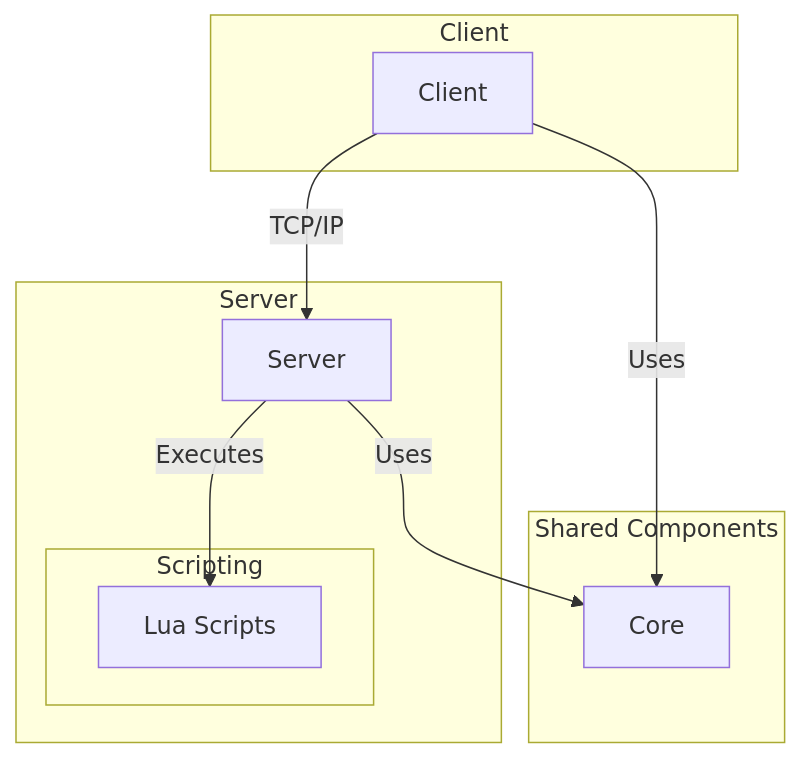
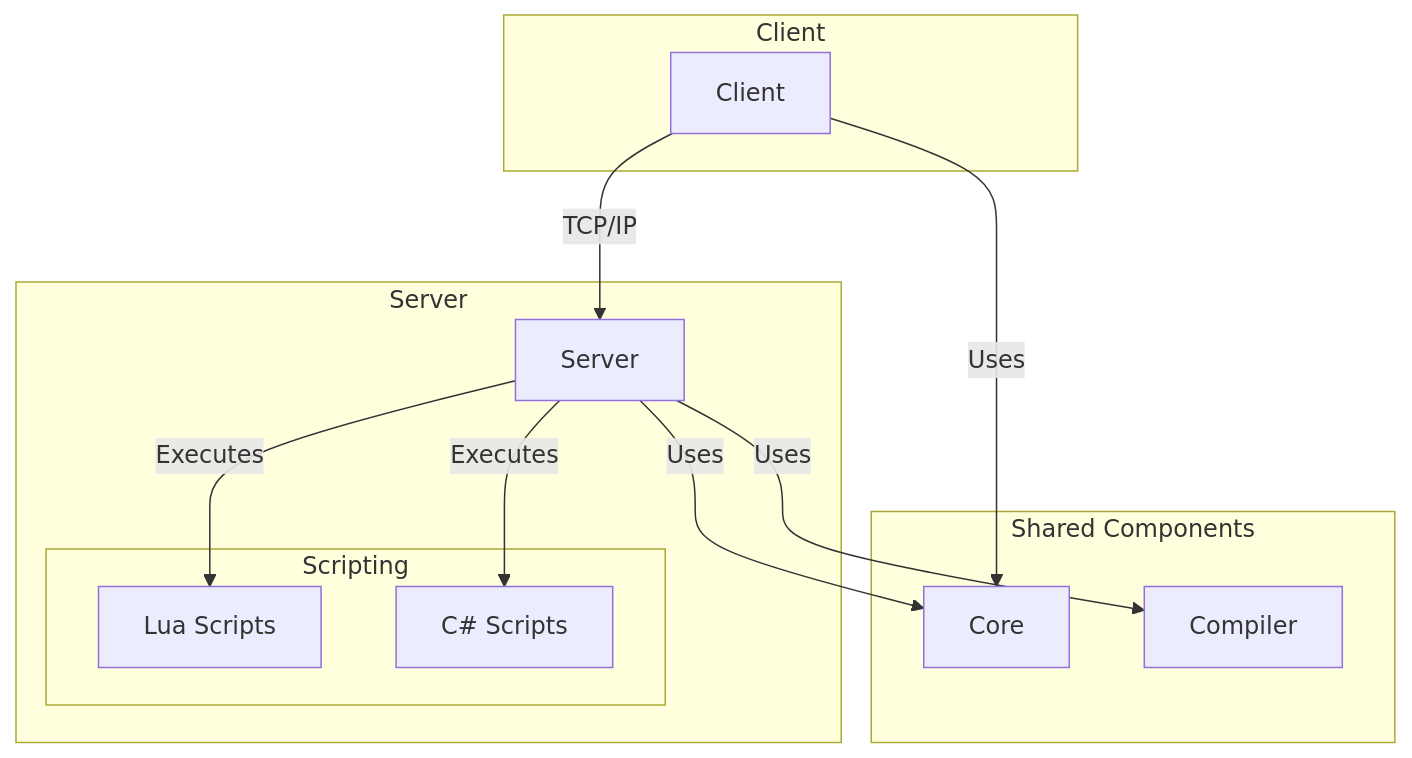
The diagram in docs/en/architecture.md (jojorwu/BYOND-2.0), drawn with Mermaid before and after one commit. The commit also changed other lines of this file and 52 other files, not shown here.

````diff
--- a/docs/en/architecture.md
+++ b/docs/en/architecture.md
@@ -17,22 +19,26 @@
 ```mermaid
 graph TD
     subgraph Client
         C[Client]
     end
 
     subgraph Server
         S[Server]
         subgraph Scripting
-            L[Lua Scripts]
+            LUA[Lua Scripts]
+            CS[C# Scripts]
         end
     end
 
     subgraph Shared Components
         Co[Core]
+        CMP[Compiler]
     end
 
     C -- "TCP/IP" --> S
     S -- "Uses" --> Co
     C -- "Uses" --> Co
-    S -- "Executes" --> L
+    S -- "Executes" --> LUA
+    S -- "Executes" --> CS
+    S -- "Uses" --> CMP
 ```
````
